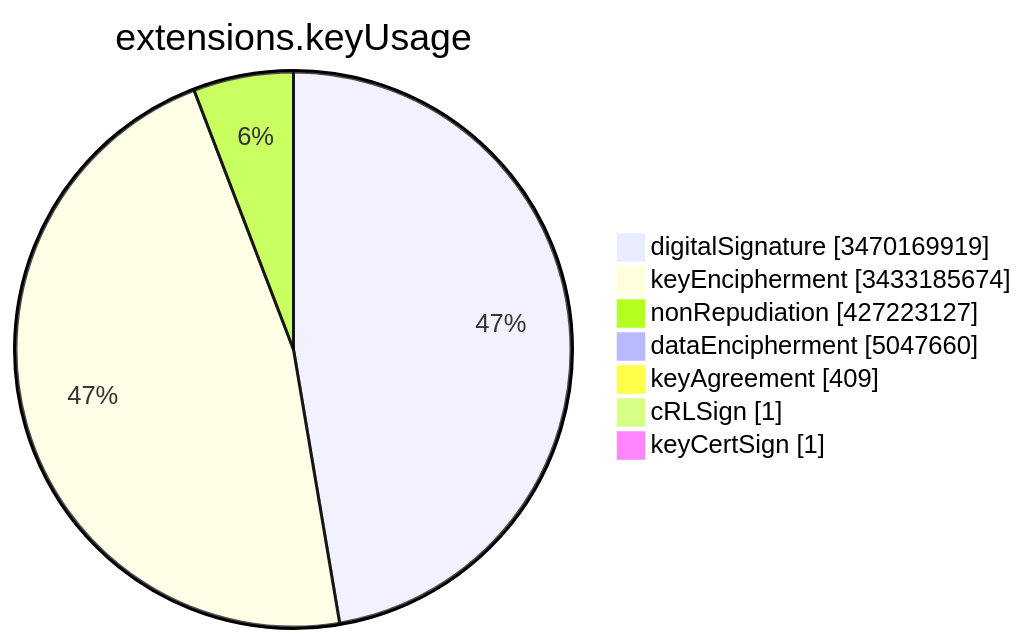
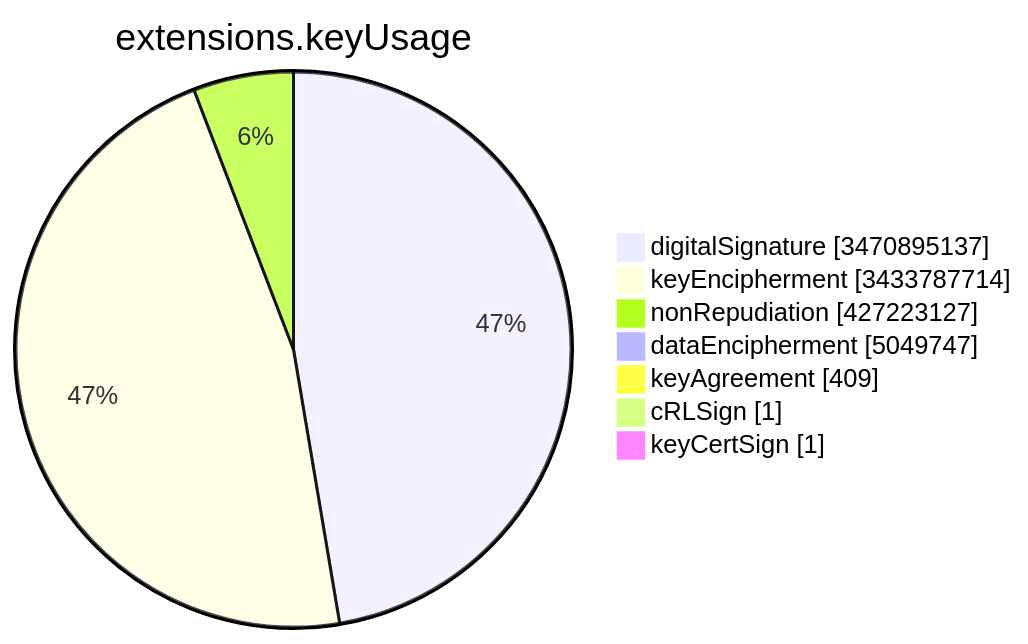
One commit to christiankrug/ctmonitor_visualization changed the sixth of 15 diagrams in TOTAL/README.md. Above: the diagram before and after it, drawn with Mermaid. The commit also changed other lines of this file, not shown here.

````diff
--- a/TOTAL/README.md
+++ b/TOTAL/README.md
@@ -3082,11 +3082,11 @@
 ```mermaid
 pie showData
 title extensions.keyUsage
-"digitalSignature" :3470169919
-"keyEncipherment" :3433185674
+"digitalSignature" :3470895137
+"keyEncipherment" :3433787714
 "nonRepudiation" :427223127
-"dataEncipherment" :5047660
+"dataEncipherment" :5049747
 "keyAgreement" :409
 "cRLSign" :1
 "keyCertSign" :1
 ```
````
